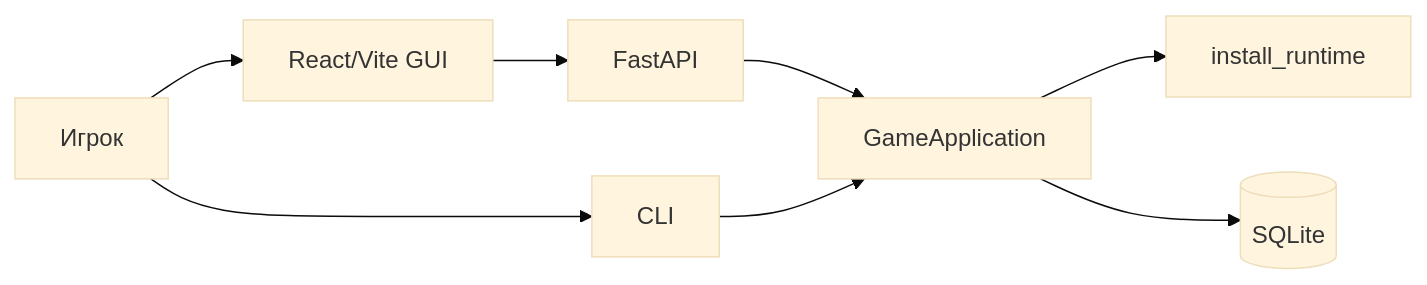
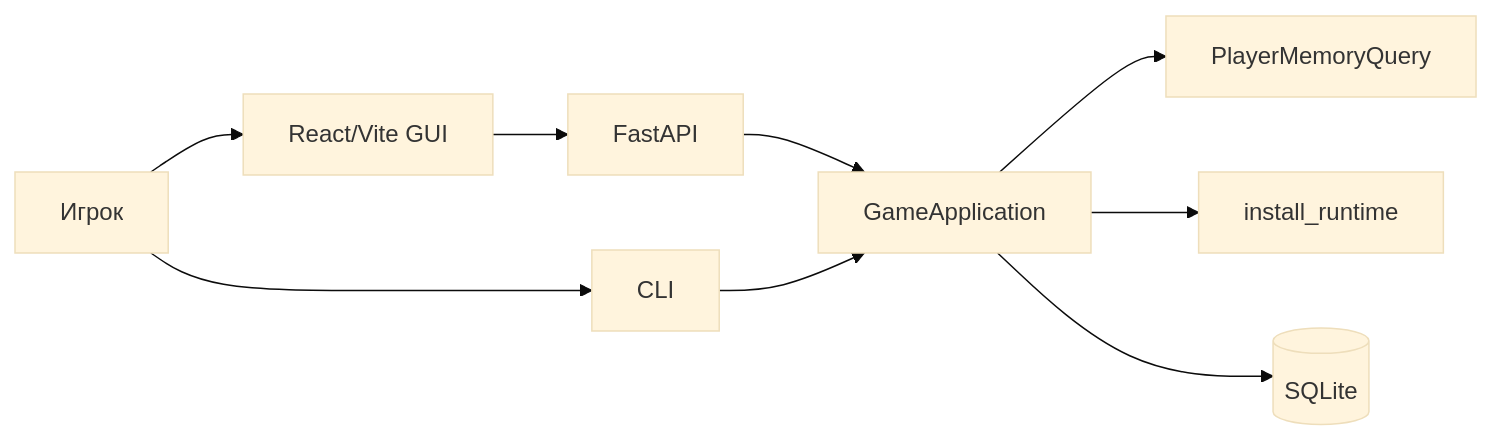
The first of 3 diagrams in docs/architecture/personal-dm-runtime.md (WizWiz2/personalDM), drawn with Mermaid (base theme) before and after one commit. The commit also changed other lines of this file and 34 other files, not shown here.

First line of the commit message:
Architecture cleanup: explicit turn saga and runtime ownership (#132)

````diff
--- a/docs/architecture/personal-dm-runtime.md
+++ b/docs/architecture/personal-dm-runtime.md
@@ -12,15 +12,17 @@
 ```mermaid
 flowchart LR
     Player[Игрок]
     GUI[React/Vite GUI]
     CLI[CLI]
     API[FastAPI]
     App[GameApplication]
+    Memory[PlayerMemoryQuery]
     Runtime[install_runtime]
     DB[(SQLite)]
 
     Player --> GUI --> API --> App
     Player --> CLI --> App
+    App --> Memory
     App --> Runtime
     App --> DB
 ```
````
